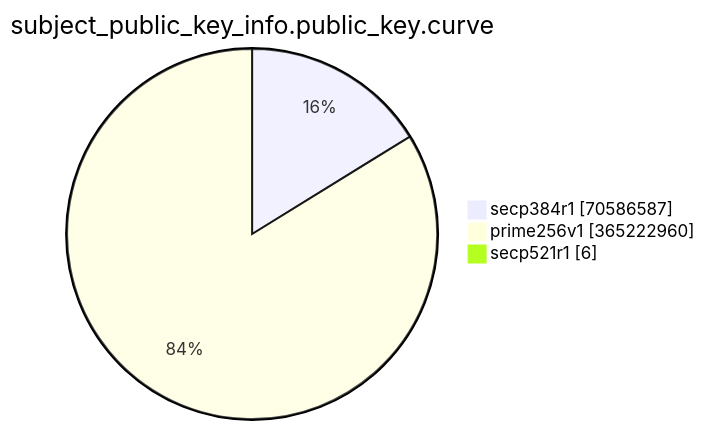
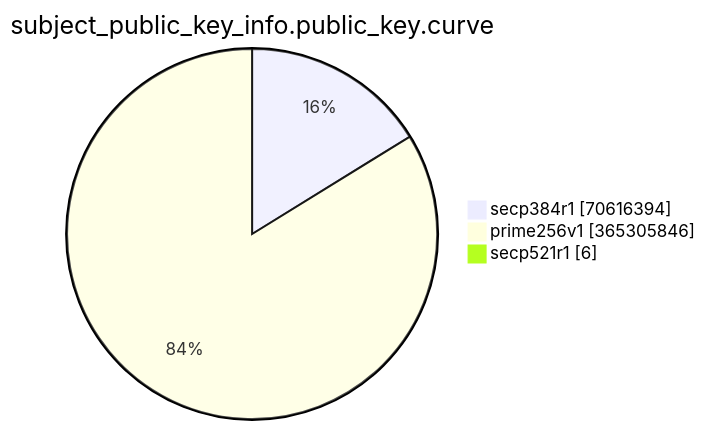
Before and after one commit to christiankrug/ctmonitor_visualization: the eighth of 15 diagrams in TOTAL/README.md, drawn with Mermaid. The commit also changed other lines of this file, not shown here.

````diff
--- a/TOTAL/README.md
+++ b/TOTAL/README.md
@@ -3092,7 +3092,7 @@
 ```mermaid
 pie showData
 title subject_public_key_info.public_key.curve
-"secp384r1" :70586587
-"prime256v1" :365222960
+"secp384r1" :70616394
+"prime256v1" :365305846
 "secp521r1" :6
 ```
````
